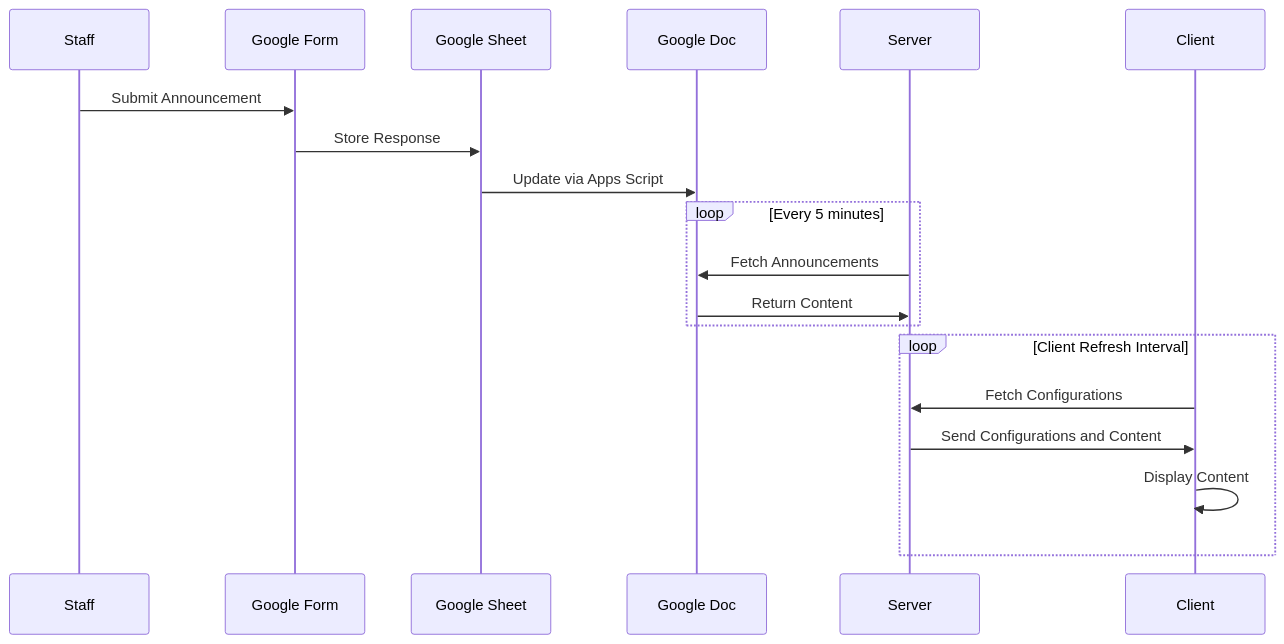
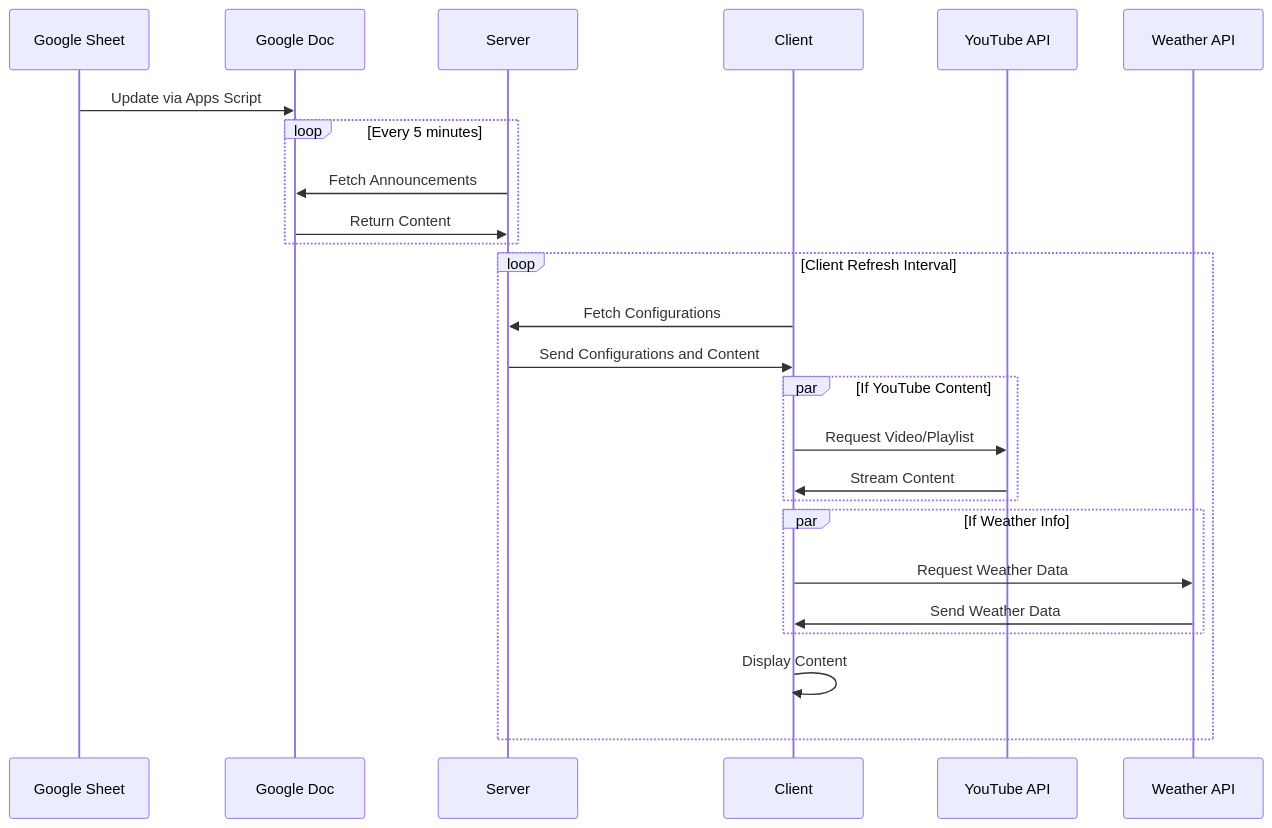
The second of 2 diagrams in docs/overview.md (a13xrzteach/a13xrzteach.github.io), drawn with Mermaid before and after one commit. The commit also changed other lines of this file, not shown here.

Commit message:
overview.md: Include external APIs used on the frontend

````diff
--- a/docs/overview.md
+++ b/docs/overview.md
@@ -134,22 +146,29 @@
 ```mermaid
 sequenceDiagram
-    participant Staff
-    participant GoogleForm as Google Form
     participant GoogleSheet as Google Sheet
     participant GoogleDoc as Google Doc
     participant Server
     participant Client
+    participant YouTubeAPI as YouTube API
+    participant WeatherAPI as Weather API
 
-    Staff->>GoogleForm: Submit Announcement
-    GoogleForm->>GoogleSheet: Store Response
+
     GoogleSheet->>GoogleDoc: Update via Apps Script
     loop Every 5 minutes
         Server->>GoogleDoc: Fetch Announcements
         GoogleDoc->>Server: Return Content
     end
     loop Client Refresh Interval
         Client->>Server: Fetch Configurations
         Server->>Client: Send Configurations and Content
+        par If YouTube Content
+            Client->>YouTubeAPI: Request Video/Playlist
+            YouTubeAPI->>Client: Stream Content
+        end
+        par If Weather Info
+            Client->>WeatherAPI: Request Weather Data
+            WeatherAPI->>Client: Send Weather Data
+        end
         Client->>Client: Display Content
     end
 ```
````
